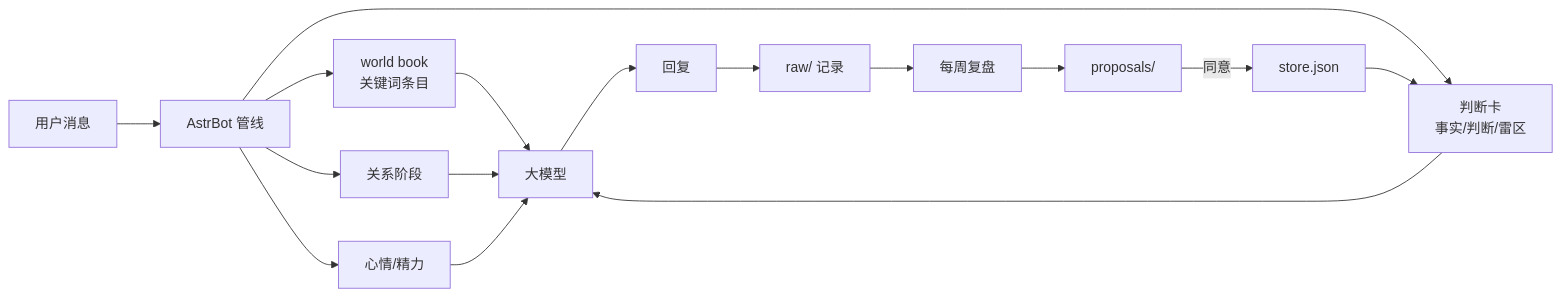
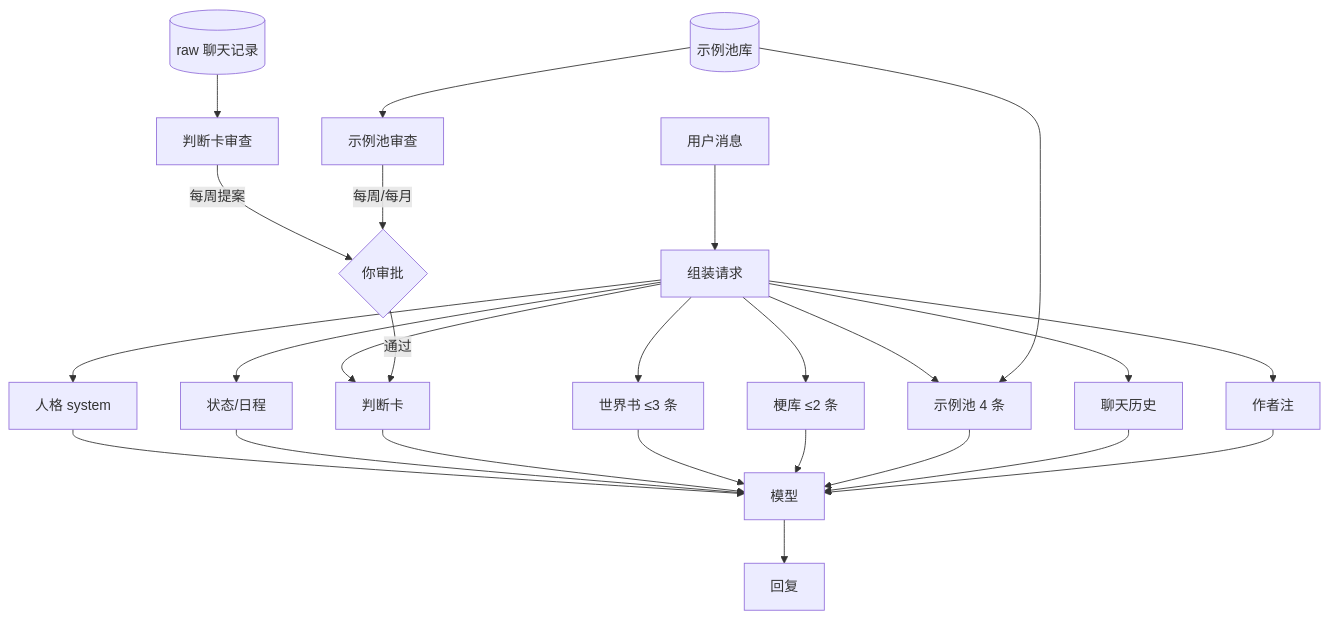
The diagram in README.md (chenxi806/astrbot-companion-kit), drawn with Mermaid before and after one commit. The commit also changed other lines of this file and 141 other files, not shown here.

````diff
--- a/README.md
+++ b/README.md
@@ -54,18 +130,28 @@
 ```mermaid
-flowchart LR
-    U[用户消息] --> P[AstrBot 管线]
-    P --> L[world book<br/>关键词条目]
-    P --> G[关系阶段]
-    P --> S[心情/精力]
-    P --> C[判断卡<br/>事实/判断/雷区]
-    L --> LLM[大模型]
-    G --> LLM
+flowchart TD
+    U[用户消息] --> R[组装请求]
+    R --> P[人格 system]
+    R --> S[状态/日程]
+    R --> C[判断卡]
+    R --> L[世界书 ≤3 条]
+    R --> M[梗库 ≤2 条]
+    R --> E[示例池 4 条]
+    R --> H[聊天历史]
+    R --> A[作者注]
+    P --> LLM[模型]
     S --> LLM
     C --> LLM
-    LLM --> R[回复]
-    R --> RAW[raw/ 记录]
-    RAW --> W[每周复盘]
-    W --> P2[proposals/]
-    P2 -->|同意| ST[store.json]
-    ST --> C
+    L --> LLM
+    M --> LLM
+    E --> LLM
+    H --> LLM
+    A --> LLM
+    LLM --> OUT[回复]
+
+    RAW[(raw 聊天记录)] --> CR[判断卡审查]
+    CR -->|每周提案| YOU{你审批}
+    YOU -->|通过| C
+    EP[(示例池库)] --> E
+    EP --> PR[示例池审查]
+    PR -->|每周/每月| YOU
 ```
````
